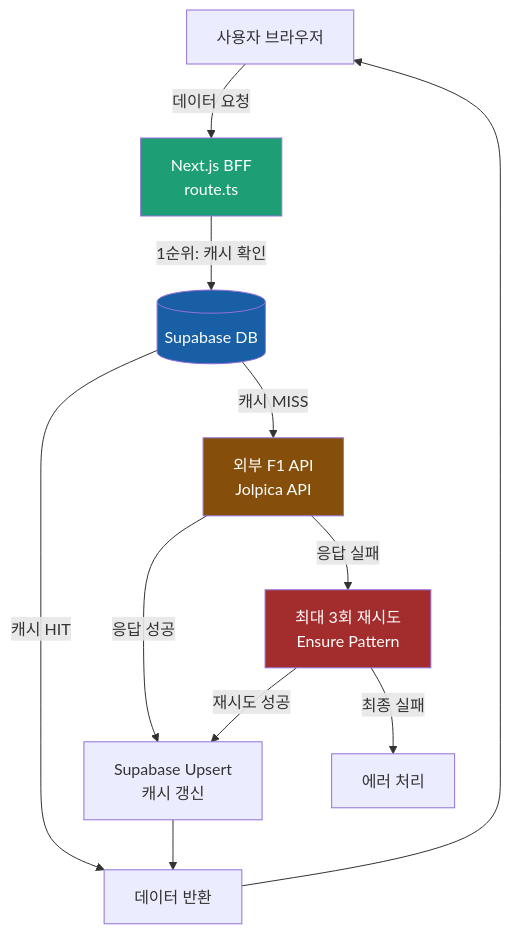
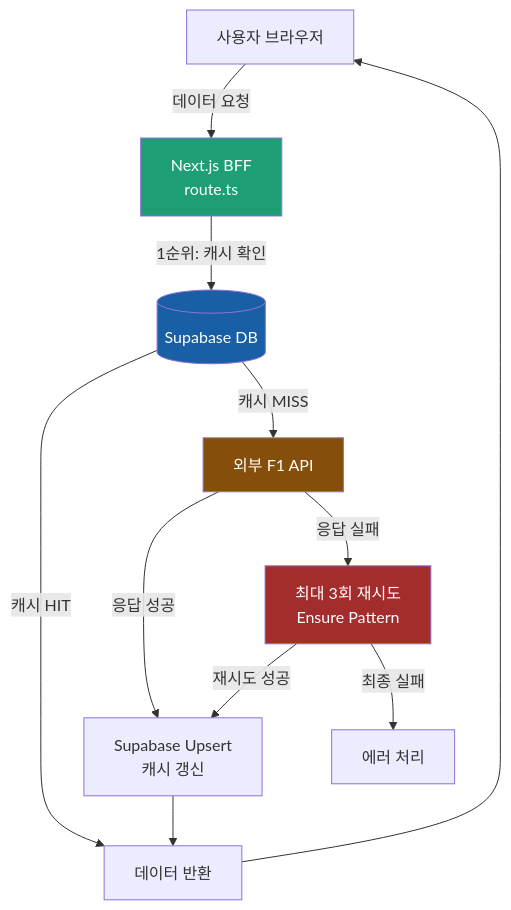
One commit to ysnam0123/AfterLap changed the diagram in README.md. Above: the diagram before and after it, drawn with Mermaid.

````diff
--- a/README.md
+++ b/README.md
@@ -46,23 +46,23 @@
 ```mermaid
 flowchart TD
     A[사용자 브라우저] -->|데이터 요청| B[Next.js BFF\nroute.ts]
 
     B -->|1순위: 캐시 확인| C[(Supabase DB)]
 
     C -->|캐시 HIT| G[데이터 반환]
-    C -->|캐시 MISS| D[외부 F1 API\nJolpica API]
+    C -->|캐시 MISS| D[외부 F1 API]
 
     D -->|응답 성공| E[Supabase Upsert\n캐시 갱신]
     D -->|응답 실패| F[최대 3회 재시도\nEnsure Pattern]
 
     E --> G
     F -->|재시도 성공| E
     F -->|최종 실패| H[에러 처리]
 
     G --> A
 
     style B fill:#1D9E75,color:#fff
     style C fill:#185FA5,color:#fff
     style D fill:#854F0B,color:#fff
     style F fill:#A32D2D,color:#fff
 ```
````
